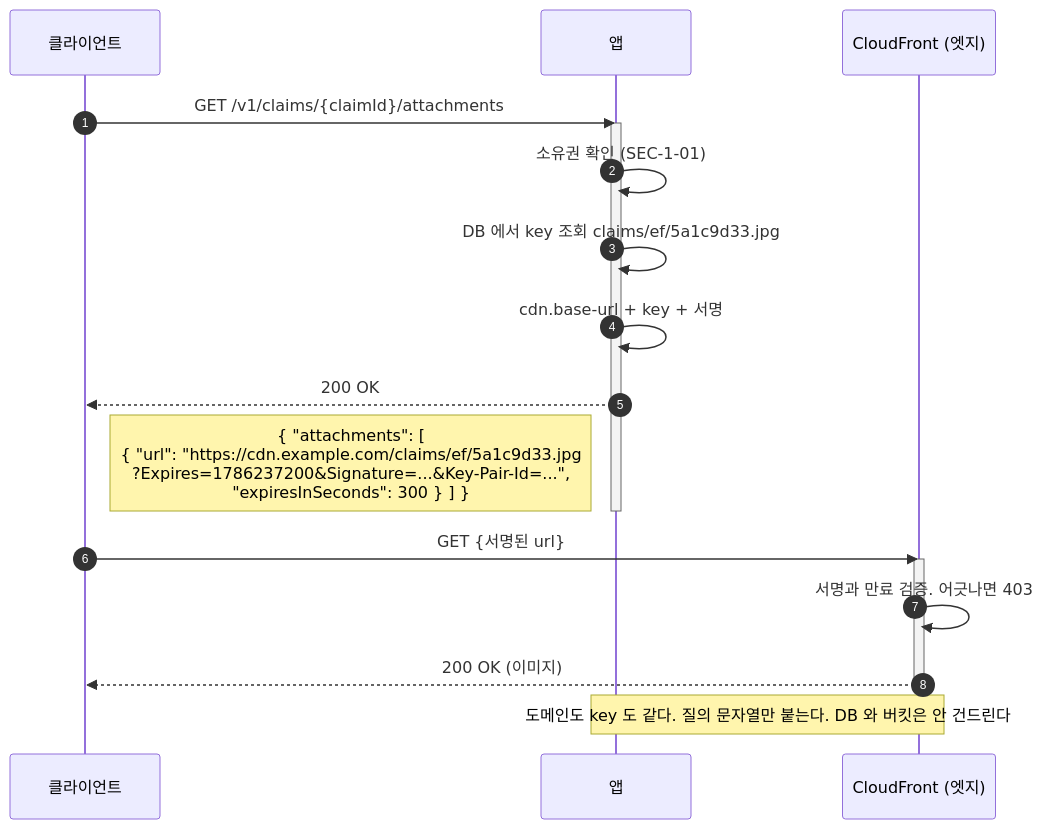
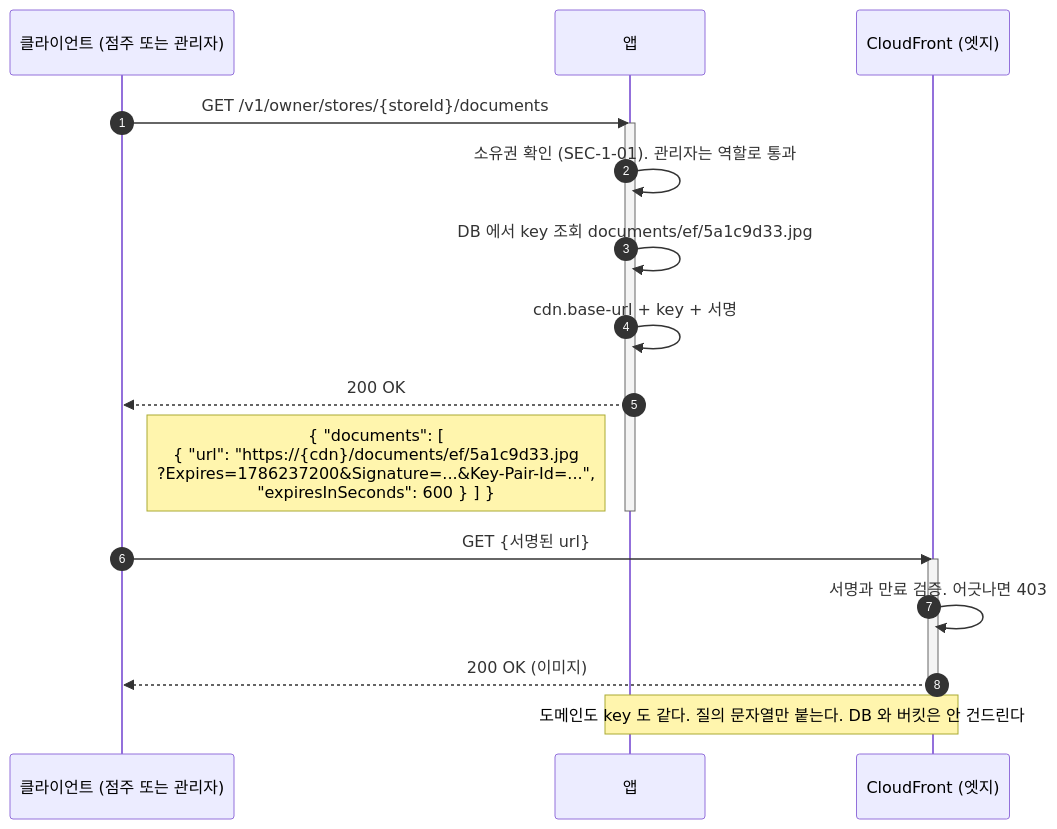
The eighth of 8 diagrams in docs/system-design/백엔드공통_이미지저장소_설계.md (lunch-catch/lc-infra), drawn with Mermaid before and after one commit. The commit also changed other lines of this file, not shown here.

````diff
--- a/docs/system-design/백엔드공통_이미지저장소_설계.md
+++ b/docs/system-design/백엔드공통_이미지저장소_설계.md
@@ -764,24 +756,24 @@
 ```mermaid
 sequenceDiagram
     autonumber
-    participant C as 클라이언트
+    participant C as 클라이언트 (점주 또는 관리자)
     participant A as 앱
     participant F as CloudFront (엣지)
 
-    C->>A: GET /v1/claims/{claimId}/attachments
+    C->>A: GET /v1/owner/stores/{storeId}/documents
     activate A
-    A->>A: 소유권 확인 (SEC-1-01)
-    A->>A: DB 에서 key 조회 claims/ef/5a1c9d33.jpg
+    A->>A: 소유권 확인 (SEC-1-01). 관리자는 역할로 통과
+    A->>A: DB 에서 key 조회 documents/ef/5a1c9d33.jpg
     A->>A: cdn.base-url + key + 서명
     A-->>C: 200 OK
-    Note left of A: { "attachments": [<br/>{ "url": "https://cdn.example.com/claims/ef/5a1c9d33.jpg<br/>?Expires=1786237200&Signature=...&Key-Pair-Id=...",<br/>"expiresInSeconds": 300 } ] }
+    Note left of A: { "documents": [<br/>{ "url": "https://{cdn}/documents/ef/5a1c9d33.jpg<br/>?Expires=1786237200&Signature=...&Key-Pair-Id=...",<br/>"expiresInSeconds": 600 } ] }
     deactivate A
 
     C->>F: GET {서명된 url}
     activate F
     F->>F: 서명과 만료 검증. 어긋나면 403
     F-->>C: 200 OK (이미지)
     deactivate F
 
     Note over A,F: 도메인도 key 도 같다. 질의 문자열만 붙는다. DB 와 버킷은 안 건드린다
 ```
````
